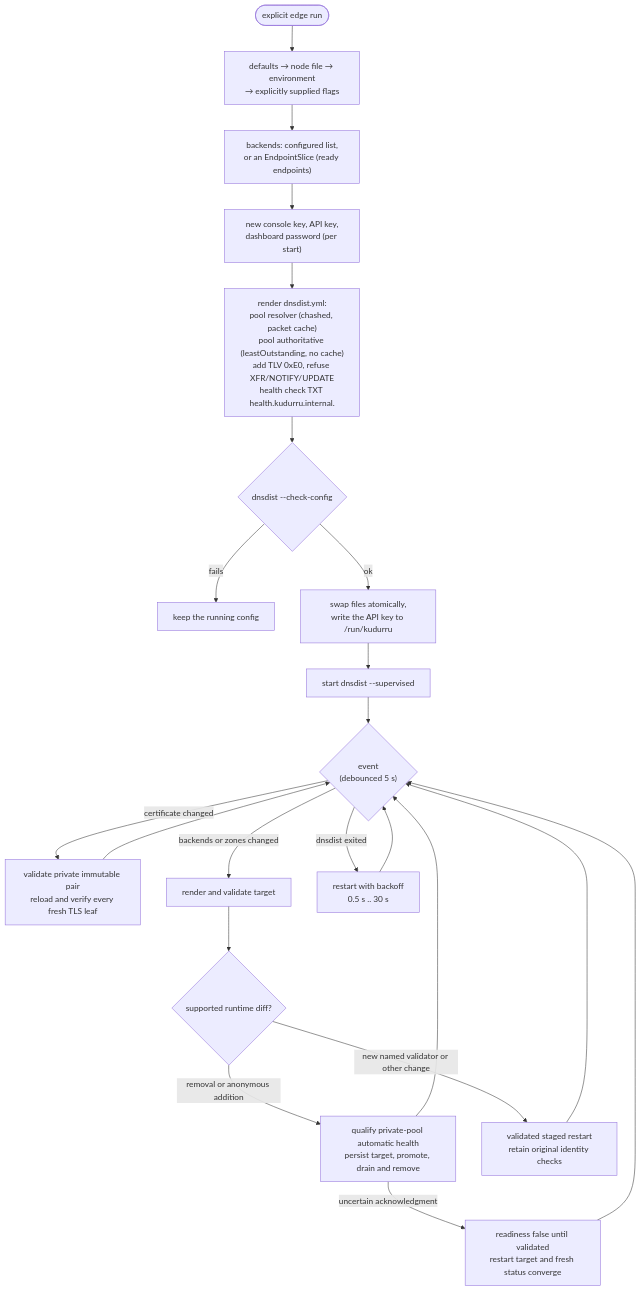
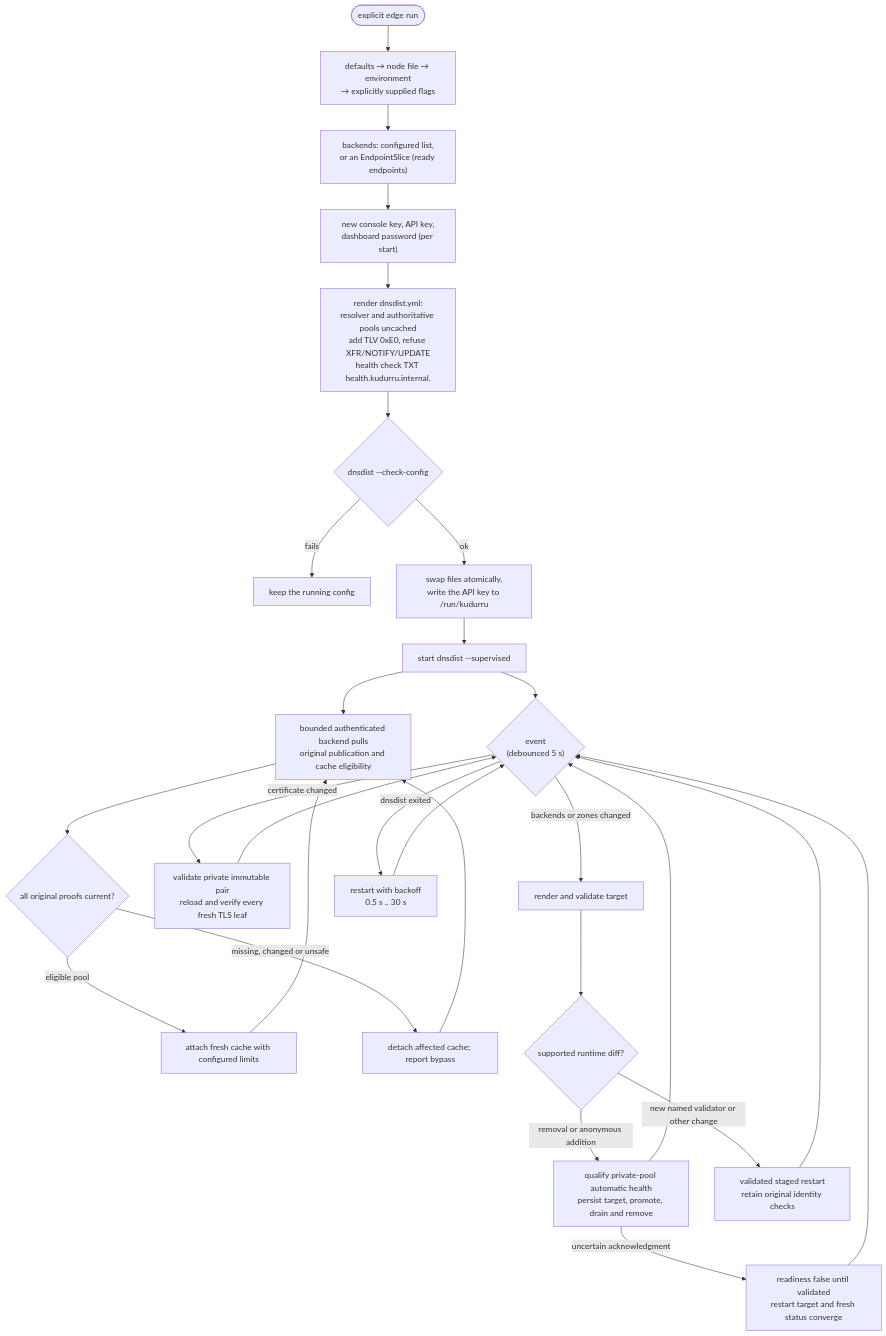
Before and after one commit to robertherbaugh/kudurru: the first of 3 diagrams in docs/architecture/deployment.md, drawn with Mermaid. The commit also changed other lines of this file and 3 other files, not shown here.

Commit message:
docs(edge): document original cache eligibility and limits

````diff
--- a/docs/architecture/deployment.md
+++ b/docs/architecture/deployment.md
@@ -132,24 +133,30 @@
 ```mermaid
 flowchart TD
     START(["explicit edge run"]) --> HOST["defaults → node file → environment<br/>→ explicitly supplied flags"]
     HOST --> MEM["backends: configured list,<br/>or an EndpointSlice (ready endpoints)"]
     MEM --> CRED["new console key, API key,<br/>dashboard password (per start)"]
-    CRED --> REN["render dnsdist.yml:<br/>pool resolver (chashed, packet cache)<br/>pool authoritative (leastOutstanding, no cache)<br/>add TLV 0xE0, refuse XFR/NOTIFY/UPDATE<br/>health check TXT health.kudurru.internal."]
+    CRED --> REN["render dnsdist.yml:<br/>resolver and authoritative pools uncached<br/>add TLV 0xE0, refuse XFR/NOTIFY/UPDATE<br/>health check TXT health.kudurru.internal."]
     REN --> CHK{"dnsdist --check-config"}
     CHK -- "fails" --> KEEP["keep the running config"]
     CHK -- "ok" --> SWAP["swap files atomically,<br/>write the API key to /run/kudurru"]
     SWAP --> EXEC["start dnsdist --supervised"]
     EXEC --> LOOP{"event<br/>(debounced 5 s)"}
+    EXEC --> PULL["bounded authenticated backend pulls<br/>original publication and cache eligibility"]
+    PULL --> CACHE{"all original proofs current?"}
+    CACHE -- "eligible pool" --> FRESH["attach fresh cache with configured limits"]
+    CACHE -- "missing, changed or unsafe" --> BYPASS["detach affected cache; report bypass"]
+    FRESH --> PULL
+    BYPASS --> PULL
     LOOP -- "certificate changed" --> TLS["validate private immutable pair<br/>reload and verify every fresh TLS leaf"]
     TLS --> LOOP
     LOOP -- "backends or zones changed" --> REN2["render and validate target"]
     REN2 --> DIFF{"supported runtime diff?"}
     DIFF -- "removal or anonymous addition" --> APPLY["qualify private-pool automatic health<br/>persist target, promote, drain and remove"]
     APPLY --> LOOP
     DIFF -- "new named validator or other change" --> RST["validated staged restart<br/>retain original identity checks"]
     RST --> LOOP
     APPLY -- "uncertain acknowledgment" --> RECOVER["readiness false until validated<br/>restart target and fresh status converge"]
     RECOVER --> LOOP
     LOOP -- "dnsdist exited" --> BO["restart with backoff<br/>0.5 s .. 30 s"]
     BO --> LOOP
 ```
````
